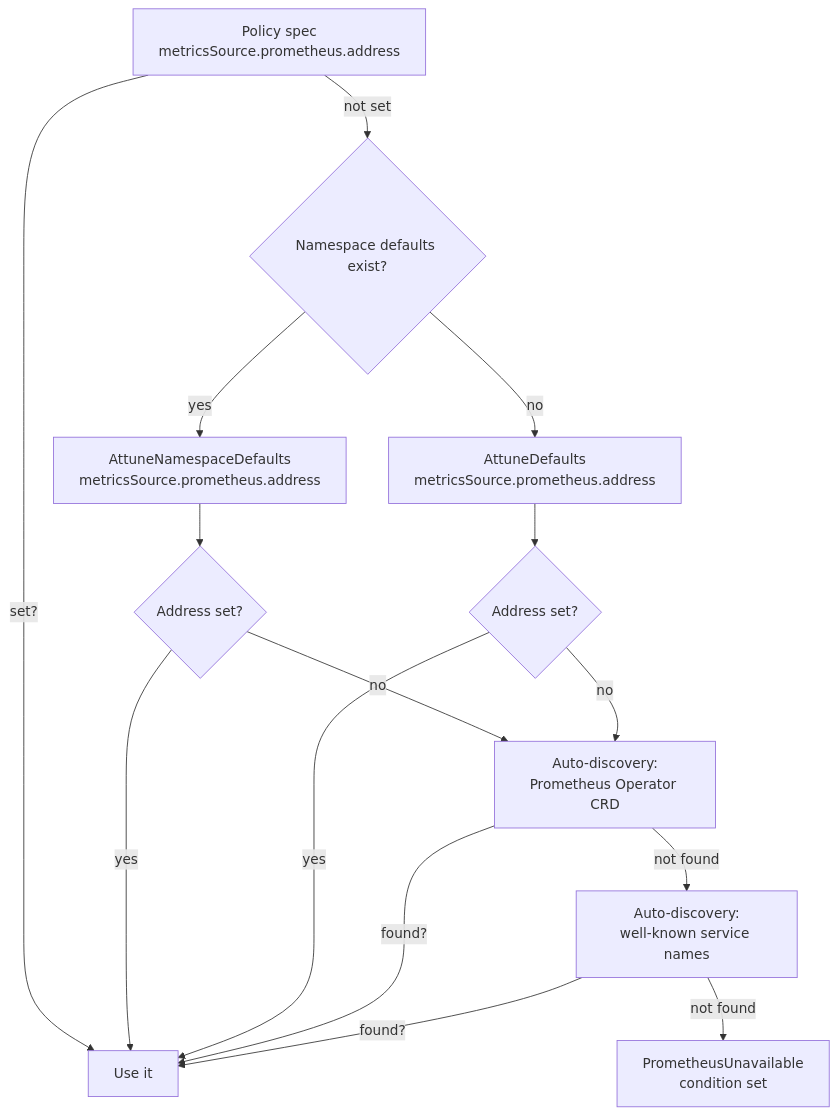
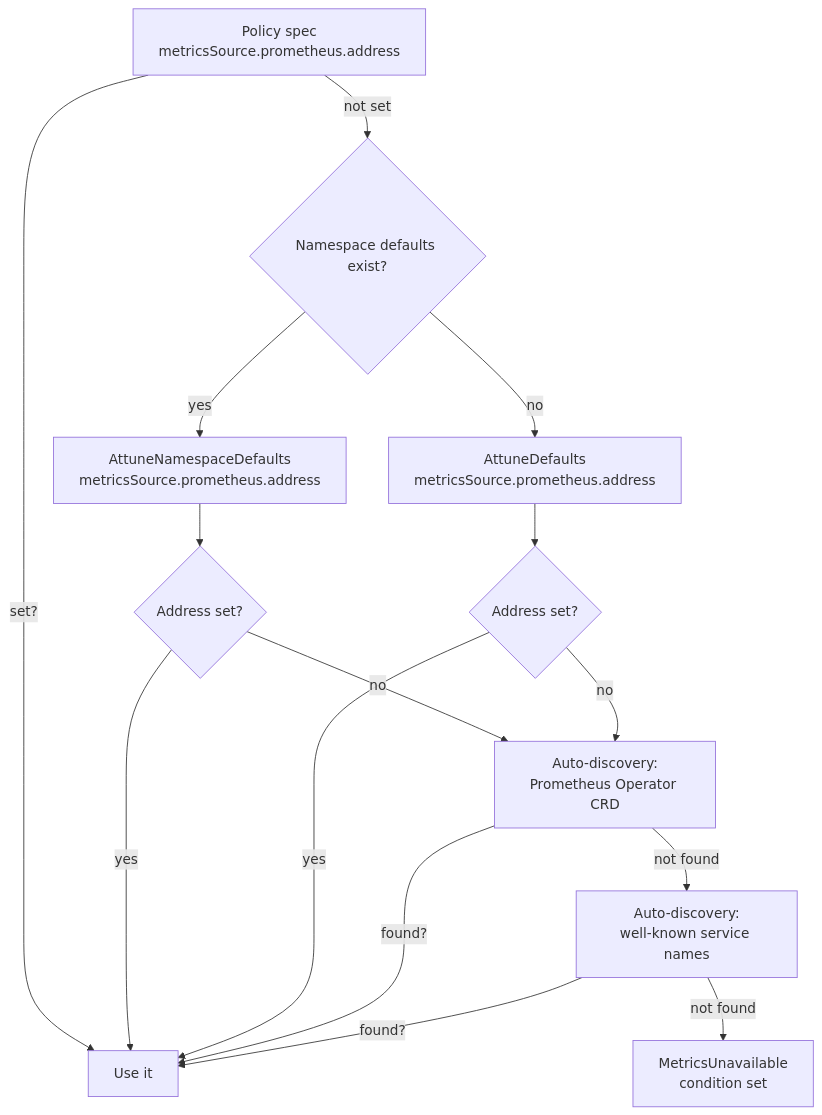
Before and after one commit to attune-io/attune: the diagram in docs/guides/prometheus-setup.md, drawn with Mermaid. The commit also changed other lines of this file and 28 other files, not shown here.

First line of the commit message:
fix: emit MetricsUnavailable and extract recommendContainer (#654)

````diff
--- a/docs/guides/prometheus-setup.md
+++ b/docs/guides/prometheus-setup.md
@@ -37,17 +37,17 @@
 ```mermaid
 flowchart TD
     A[Policy spec<br/>metricsSource.prometheus.address] -->|set?| Z[Use it]
     A -->|not set| B{Namespace defaults exist?}
     B -->|yes| C[AttuneNamespaceDefaults<br/>metricsSource.prometheus.address]
     C --> D{Address set?}
     D -->|yes| Z
     D -->|no| G[Auto-discovery:<br/>Prometheus Operator CRD]
     B -->|no| E[AttuneDefaults<br/>metricsSource.prometheus.address]
     E --> F{Address set?}
     F -->|yes| Z
     F -->|no| G
     G -->|found?| Z
     G -->|not found| H[Auto-discovery:<br/>well-known service names]
     H -->|found?| Z
-    H -->|not found| I[PrometheusUnavailable<br/>condition set]
+    H -->|not found| I[MetricsUnavailable<br/>condition set]
 ```
````
